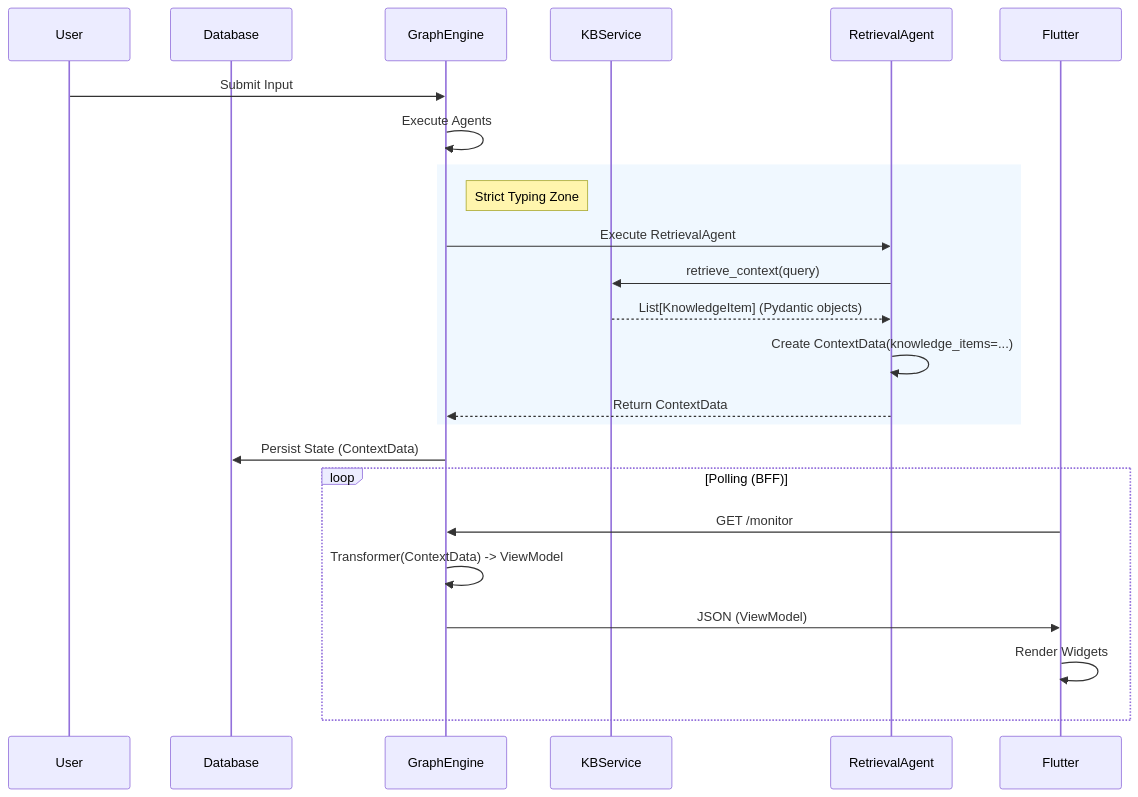
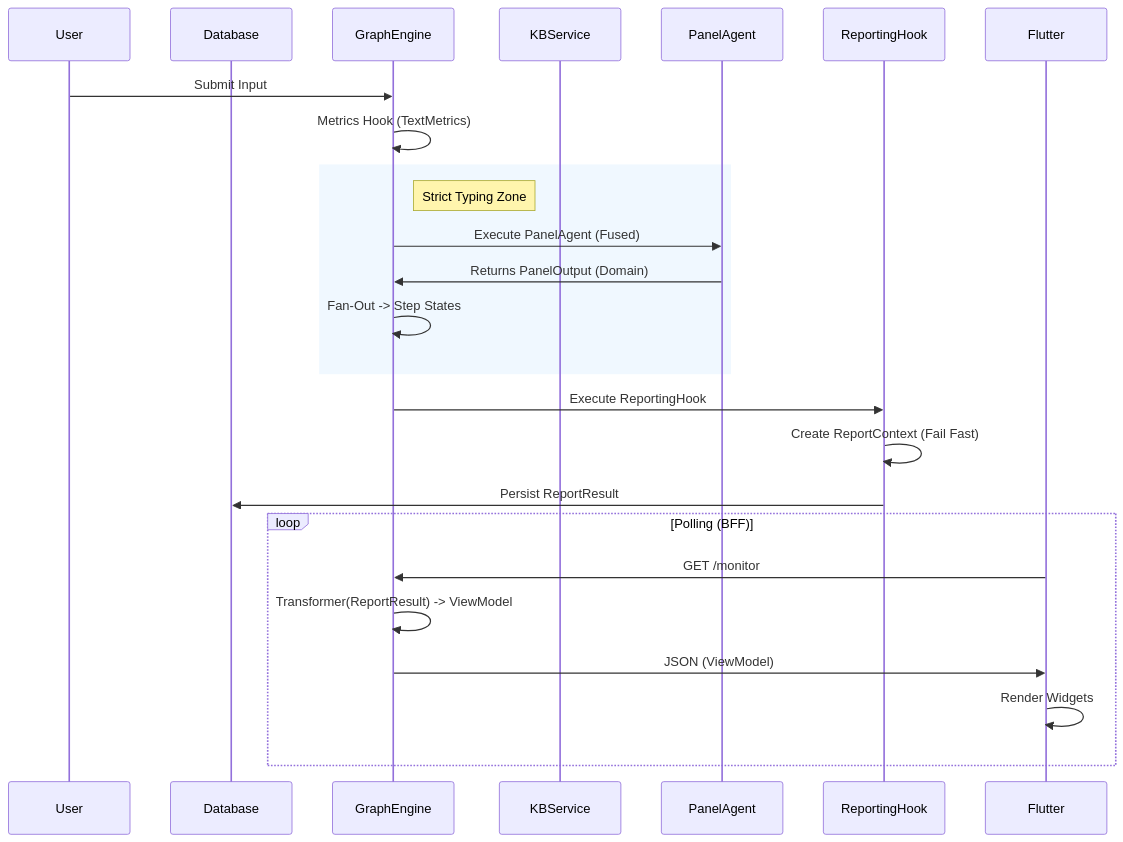
The diagram in docs/output_generation_pipeline.md (launis/quorum), drawn with Mermaid before and after one commit. The commit also changed other lines of this file and 332 other files, not shown here.

Commit message:
feat: update architecture lineage and fix causal model validation Aligns documentation with Phase 8 standards (Panel Fusion, Strict DTOs) and relaxes Pydantic strict mode on CausalAnalysis to resolve Enum coercion errors.

````diff
--- a/docs/output_generation_pipeline.md
+++ b/docs/output_generation_pipeline.md
@@ -134,30 +121,31 @@
 ```mermaid
 sequenceDiagram
     participant U as User
     participant DB as Database
     participant E as GraphEngine
     participant S as KBService
-    participant A as RetrievalAgent
+    participant A as PanelAgent
+    participant R as ReportingHook
     participant UI as Flutter
 
     U->>E: Submit Input
-    E->>E: Execute Agents
+    E->>E: Metrics Hook (TextMetrics)
     
     rect rgb(240, 248, 255)
     note right of E: Strict Typing Zone
-    E->>A: Execute RetrievalAgent
-    A->>S: retrieve_context(query)
-    S-->>A: List[KnowledgeItem] (Pydantic objects)
-    A->>A: Create ContextData(knowledge_items=...)
-    A-->>E: Return ContextData
+    E->>A: Execute PanelAgent (Fused)
+    A->>E: Returns PanelOutput (Domain)
+    E->>E: Fan-Out -> Step States
     end
-
-    E->>DB: Persist State (ContextData)
+    
+    E->>R: Execute ReportingHook
+    R->>R: Create ReportContext (Fail Fast)
+    R->>DB: Persist ReportResult
     
     loop Polling (BFF)
         UI->>E: GET /monitor
-        E->>E: Transformer(ContextData) -> ViewModel
+        E->>E: Transformer(ReportResult) -> ViewModel
         E->>UI: JSON (ViewModel)
         UI->>UI: Render Widgets
     end
 ```
````
